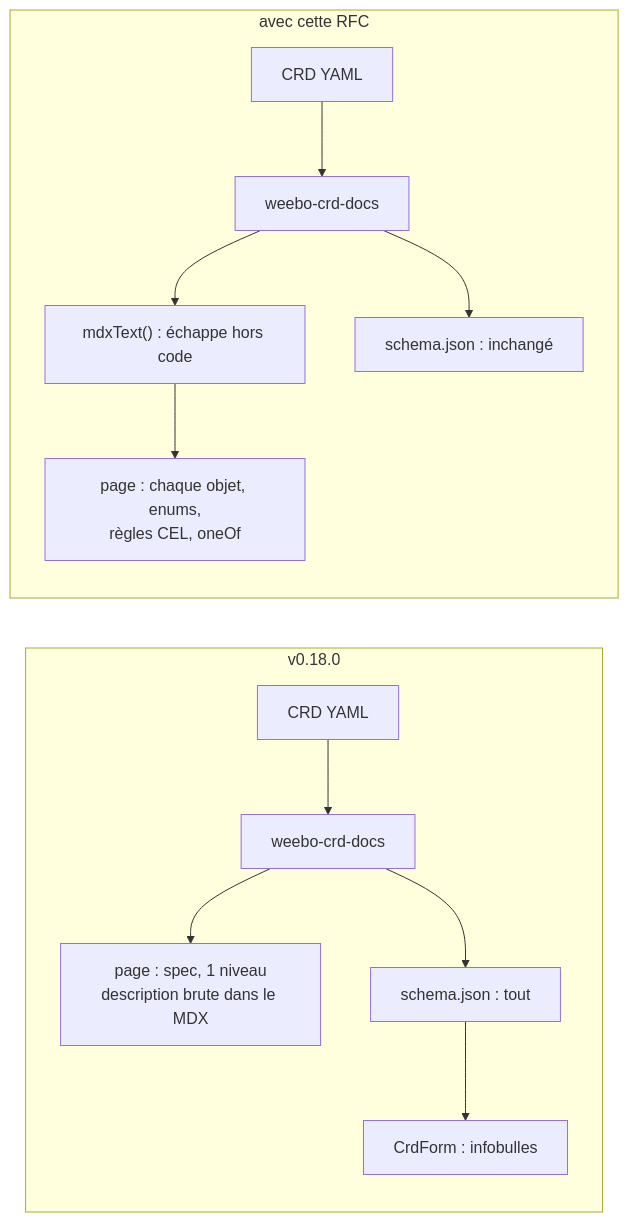
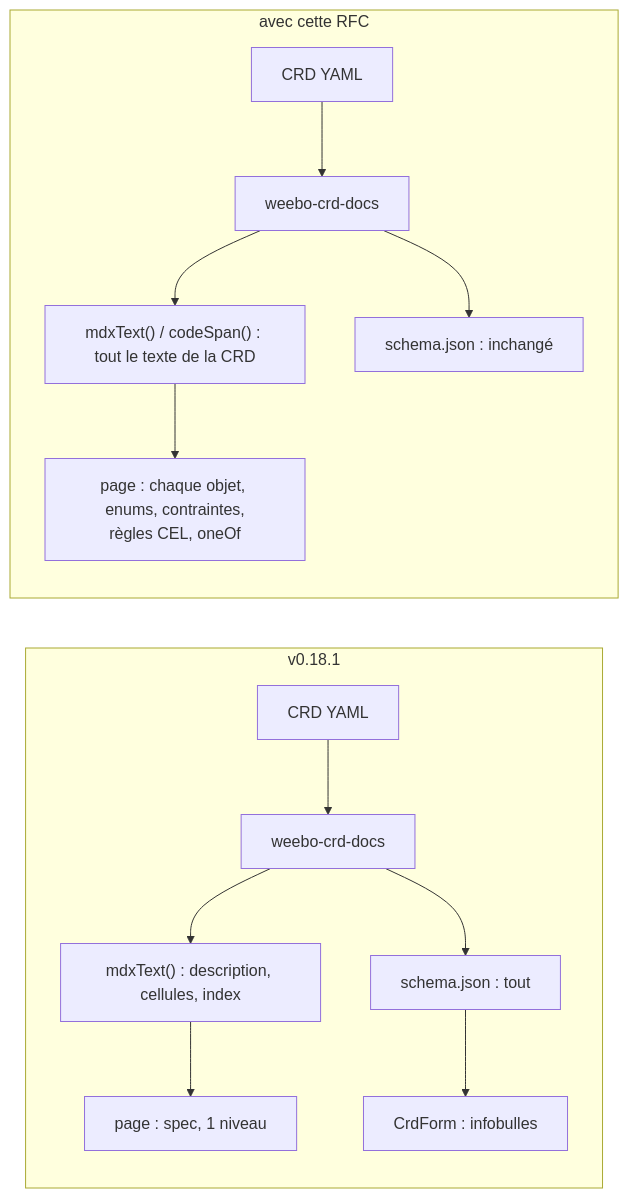
Before and after one commit to batleforc/weebo-operator-kit: the first of 4 diagrams in docs/rfc-0004-crd-reference-nested-fields.md, drawn with Mermaid. The commit also changed other lines of this file, not shown here.

````diff
--- a/docs/rfc-0004-crd-reference-nested-fields.md
+++ b/docs/rfc-0004-crd-reference-nested-fields.md
@@ -49,15 +58,16 @@
 ```mermaid
 flowchart LR
-    subgraph T["v0.18.0"]
+    subgraph T["v0.18.1"]
         C1["CRD YAML"] --> G1["weebo-crd-docs"]
-        G1 --> P1["page : spec, 1 niveau<br/>description brute dans le MDX"]
+        G1 --> E1["mdxText() : description, cellules, index"]
+        E1 --> P1["page : spec, 1 niveau"]
         G1 --> S1["schema.json : tout"]
         S1 --> F1["CrdForm : infobulles"]
     end
     subgraph W["avec cette RFC"]
         C2["CRD YAML"] --> G2["weebo-crd-docs"]
-        G2 --> E["mdxText() : échappe hors code"]
-        E --> P2["page : chaque objet, enums,<br/>règles CEL, oneOf"]
+        G2 --> E["mdxText() / codeSpan() : tout le texte de la CRD"]
+        E --> P2["page : chaque objet, enums, contraintes,<br/>règles CEL, oneOf"]
         G2 --> S2["schema.json : inchangé"]
     end
 ```
````
